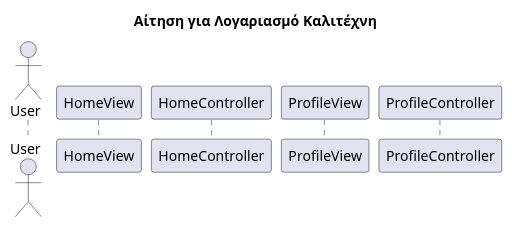
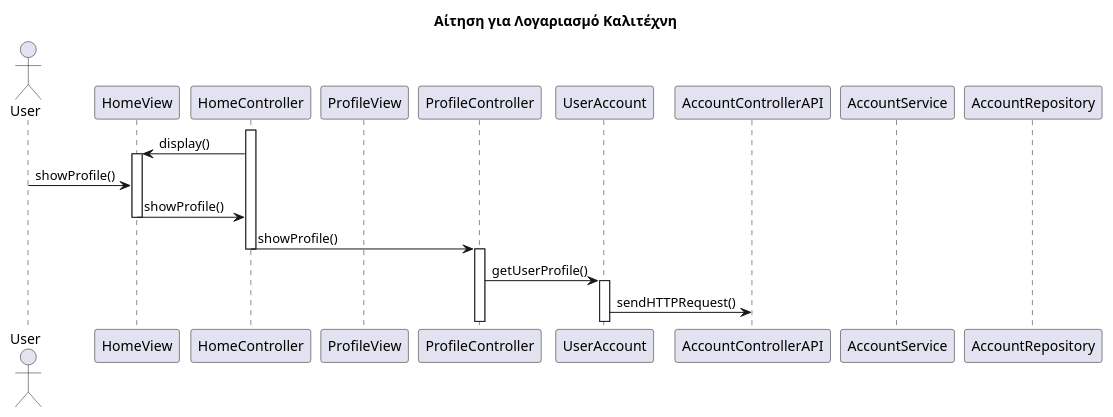
The diagram in Paradoteo_2/SequenceDiagram2.puml (RubenKingCP/Tunix), drawn with PlantUML before and after one commit. The commit also changed 4 other files, not shown here.

Commit message:
Further updates to domain model and previous sequence diagram

```diff
--- a/Paradoteo_2/SequenceDiagram2.puml
+++ b/Paradoteo_2/SequenceDiagram2.puml
@@ -1,12 +1,29 @@
 @startuml name
 
 title Αίτηση για Λογαριασμό Καλιτέχνη
 
 actor User
 participant HomeView
 participant HomeController
 participant ProfileView
 participant ProfileController
+participant UserAccount
+participant AccountControllerAPI
+participant AccountService
+participant AccountRepository
+
+activate HomeController
+HomeController -> HomeView : display()
+activate HomeView
+User -> HomeView : showProfile()
+HomeView -> HomeController : showProfile()
+deactivate HomeView
+HomeController -> ProfileController : showProfile()
+deactivate HomeController
+activate ProfileController
+ProfileController -> UserAccount : getUserProfile()
+activate UserAccount
+UserAccount -> AccountControllerAPI : sendHTTPRequest()
 
 
 @enduml
```
